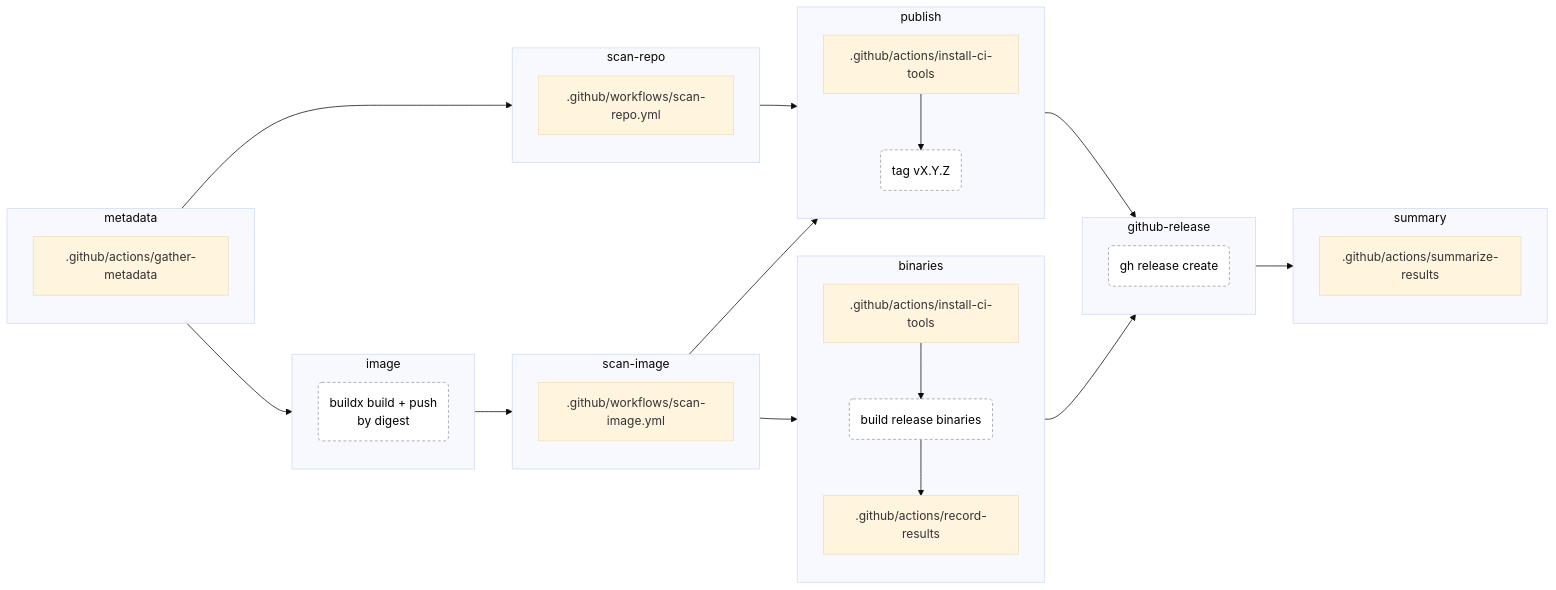
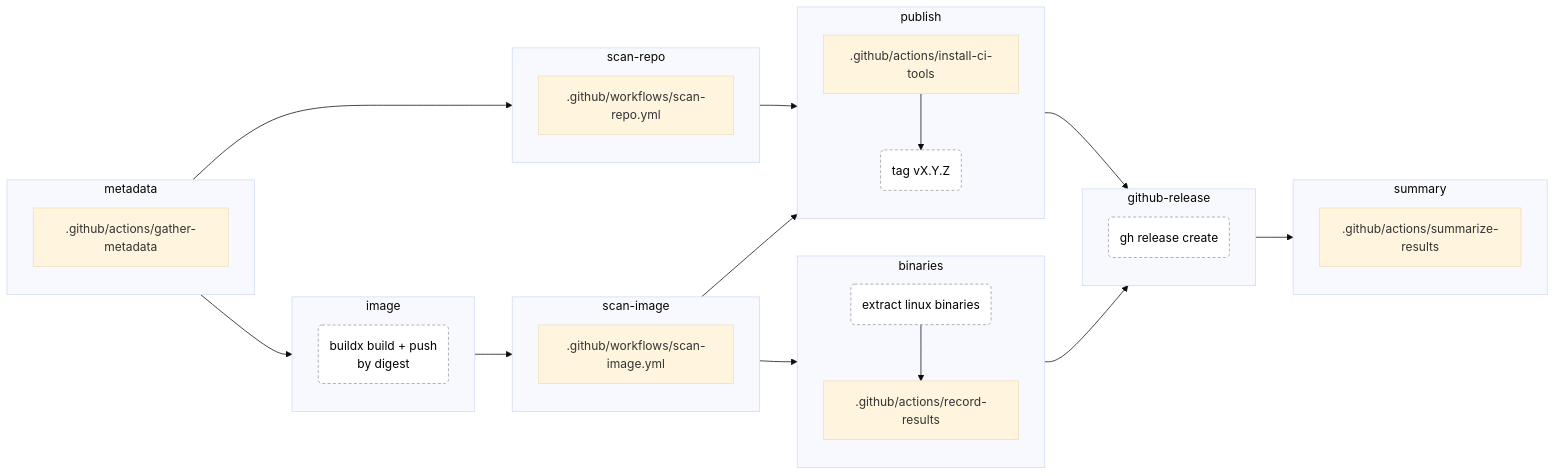
Before and after one commit to YoyoBesser/echo-pong: the fourth of 7 diagrams in docs/GITHUB.md, drawn with Mermaid (base theme). The commit also changed other lines of this file and 9 other files, not shown here.

First line of the commit message:
release: publish only the tested linux binaries

````diff
--- a/docs/GITHUB.md
+++ b/docs/GITHUB.md
@@ -159,50 +159,49 @@
 ```mermaid
 flowchart LR
   classDef do fill:#fff,stroke:#999,stroke-dasharray:4 3,color:#000
   subgraph j_metadata["metadata"]
     direction TB
     j_metadata_0[.github/actions/gather-metadata]
   end
   subgraph j_image["image"]
     direction TB
     j_image_0("buildx build + push<br>by digest"):::do
   end
   subgraph j_scan_repo["scan-repo"]
     direction TB
     j_scan_repo_0[.github/workflows/scan-repo.yml]
   end
   subgraph j_scan_image["scan-image"]
     direction TB
     j_scan_image_0[.github/workflows/scan-image.yml]
   end
   subgraph j_publish["publish"]
     direction TB
     j_publish_0[.github/actions/install-ci-tools]
     j_publish_1("tag vX.Y.Z"):::do
     j_publish_0 --> j_publish_1
   end
   subgraph j_binaries["binaries"]
     direction TB
-    j_binaries_0[.github/actions/install-ci-tools]
-    j_binaries_1("build release binaries"):::do
-    j_binaries_2[.github/actions/record-results]
-    j_binaries_0 --> j_binaries_1 --> j_binaries_2
+    j_binaries_0("extract linux binaries"):::do
+    j_binaries_1[.github/actions/record-results]
+    j_binaries_0 --> j_binaries_1
   end
   subgraph j_github_release["github-release"]
     direction TB
     j_github_release_0("gh release create"):::do
   end
   subgraph j_summary["summary"]
     direction TB
     j_summary_0[.github/actions/summarize-results]
   end
   j_metadata --> j_image
   j_metadata --> j_scan_repo
   j_image --> j_scan_image
   j_scan_repo --> j_publish
   j_scan_image --> j_publish
   j_scan_image --> j_binaries
   j_publish --> j_github_release
   j_binaries --> j_github_release
   j_github_release --> j_summary
 ```
````
